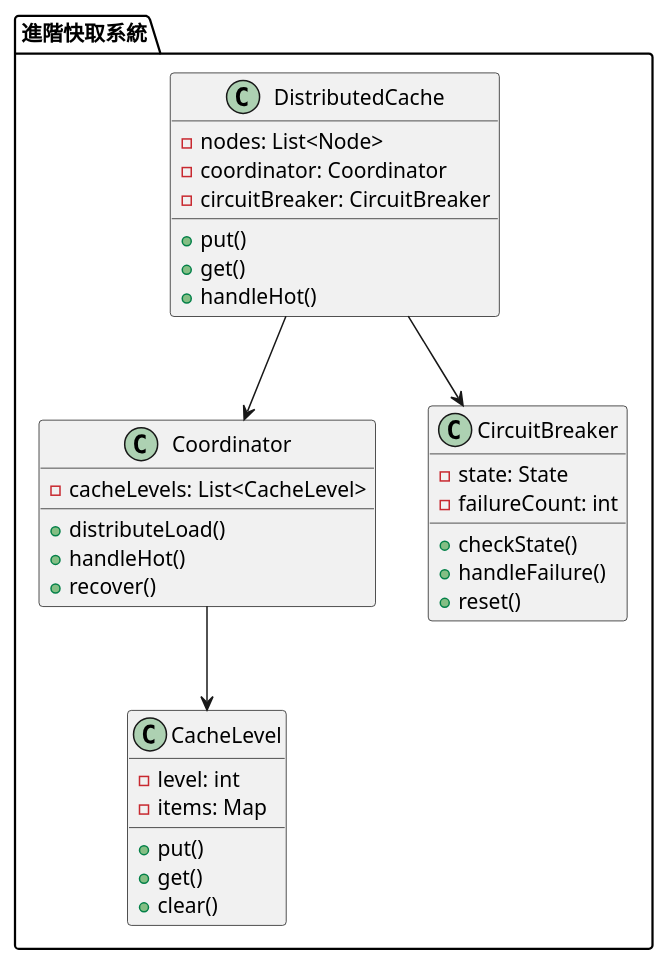
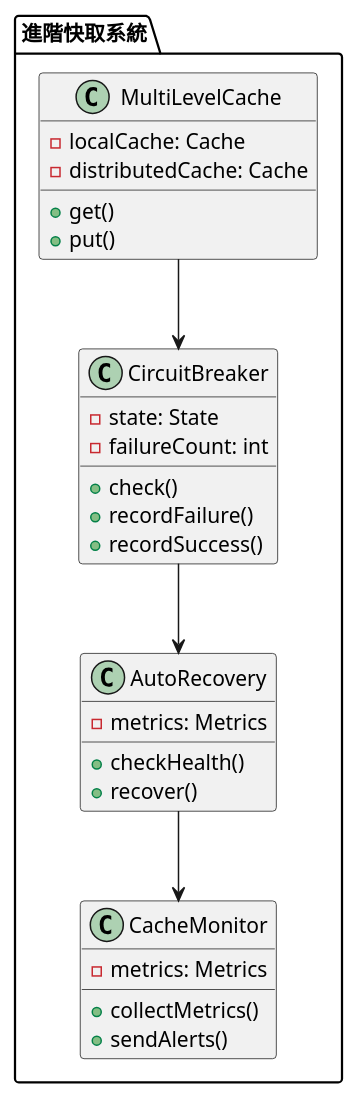
The third of 3 diagrams in doc/learning/architecture/cache_breakdown_tutorial.md (fine5351/info-sync), drawn with PlantUML before and after one commit. The commit also changed other lines of this file and 9 other files, not shown here.

````diff
--- a/doc/learning/architecture/cache_breakdown_tutorial.md
+++ b/doc/learning/architecture/cache_breakdown_tutorial.md
@@ -248,41 +312,36 @@
 ```plantuml
 @startuml
 package "進階快取系統" {
-    class DistributedCache {
-        - nodes: List<Node>
-        - coordinator: Coordinator
-        - circuitBreaker: CircuitBreaker
+    class MultiLevelCache {
+        - localCache: Cache
+        - distributedCache: Cache
+        + get()
         + put()
-        + get()
-        + handleHot()
-    }
-    
-    class Coordinator {
-        - cacheLevels: List<CacheLevel>
-        + distributeLoad()
-        + handleHot()
-        + recover()
     }
     
     class CircuitBreaker {
         - state: State
         - failureCount: int
-        + checkState()
-        + handleFailure()
-        + reset()
+        + check()
+        + recordFailure()
+        + recordSuccess()
     }
     
-    class CacheLevel {
-        - level: int
-        - items: Map
-        + put()
-        + get()
-        + clear()
+    class AutoRecovery {
+        - metrics: Metrics
+        + checkHealth()
+        + recover()
+    }
+    
+    class CacheMonitor {
+        - metrics: Metrics
+        + collectMetrics()
+        + sendAlerts()
     }
 }
 
-DistributedCache --> Coordinator
-DistributedCache --> CircuitBreaker
-Coordinator --> CacheLevel
+MultiLevelCache --> CircuitBreaker
+CircuitBreaker --> AutoRecovery
+AutoRecovery --> CacheMonitor
 @enduml
 ```
````
